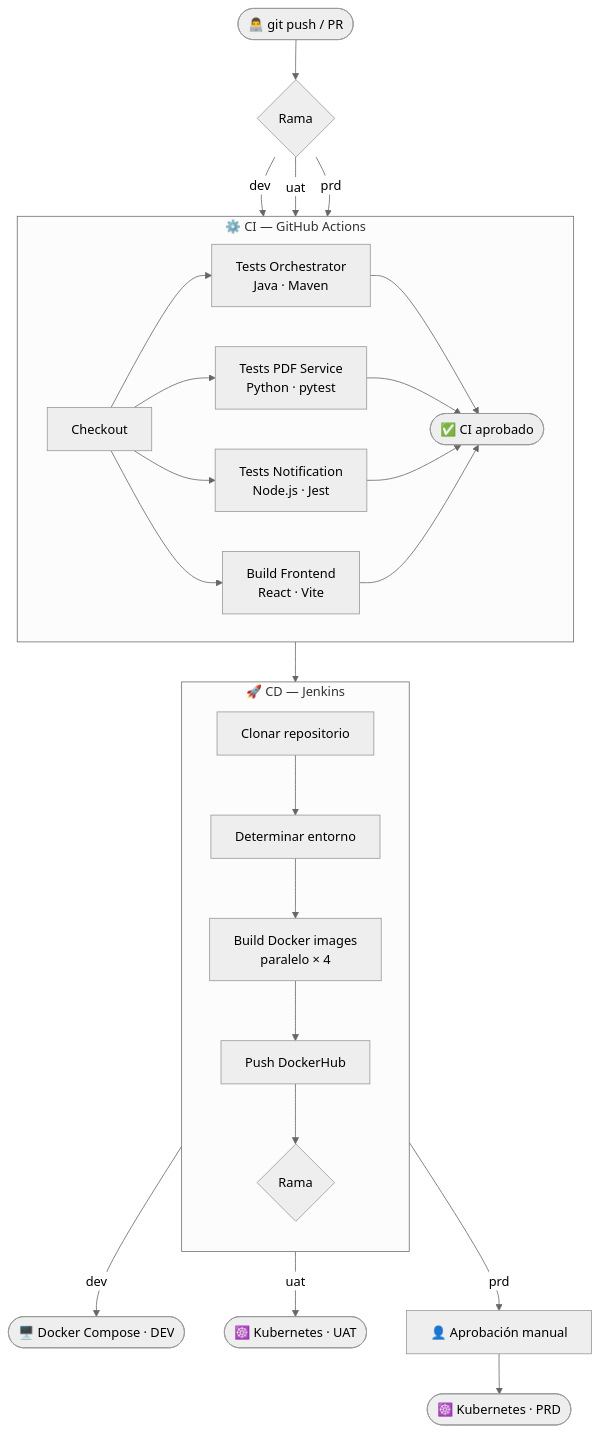
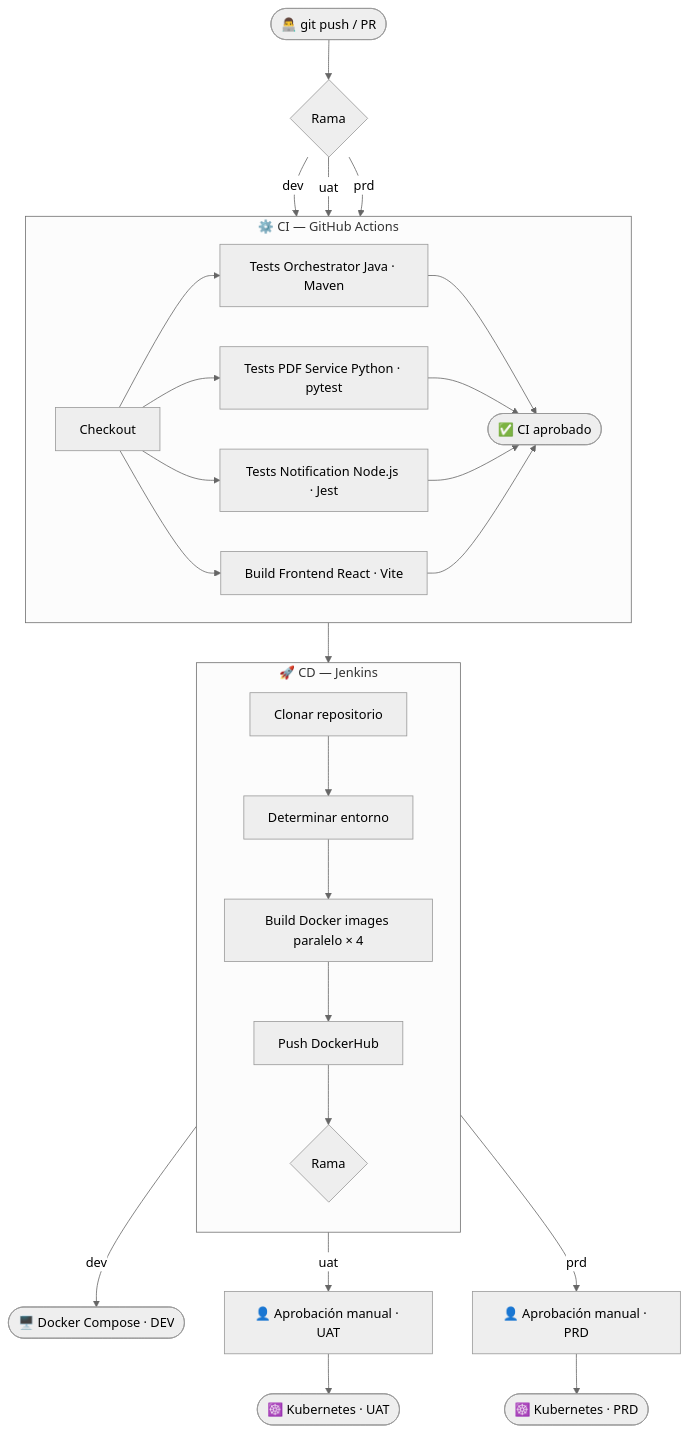
The diagram in README.md (Neftcode/microservices-poc), drawn with Mermaid (neutral theme) before and after one commit. The commit also changed other lines of this file and 1 other file, not shown here.

Commit message:
nuevos cambios

````diff
--- a/README.md
+++ b/README.md
@@ -177,31 +182,32 @@
 ```mermaid
 flowchart TD
     A([👨‍💻 git push / PR]) --> B{Rama}
     B -->|dev| CI
     B -->|uat| CI
     B -->|prd| CI
 
     subgraph CI["⚙️ CI — GitHub Actions"]
         direction LR
-        C1[Checkout] --> C2[Tests Orchestrator\nJava · Maven]
-        C1 --> C3[Tests PDF Service\nPython · pytest]
-        C1 --> C4[Tests Notification\nNode.js · Jest]
-        C1 --> C5[Build Frontend\nReact · Vite]
+        C1[Checkout] --> C2[Tests Orchestrator Java · Maven]
+        C1 --> C3[Tests PDF Service Python · pytest]
+        C1 --> C4[Tests Notification Node.js · Jest]
+        C1 --> C5[Build Frontend React · Vite]
         C2 & C3 & C4 & C5 --> C6([✅ CI aprobado])
     end
 
     CI --> CD
 
     subgraph CD["🚀 CD — Jenkins"]
         direction TB
         D1[Clonar repositorio] --> D2[Determinar entorno]
-        D2 --> D3[Build Docker images\nparalelo × 4]
+        D2 --> D3[Build Docker images paralelo × 4]
         D3 --> D4[Push DockerHub]
         D4 --> D5{Rama}
     end
 
     D5 -->|dev| E1([🖥️ Docker Compose · DEV])
-    D5 -->|uat| E2([☸️ Kubernetes · UAT])
-    D5 -->|prd| E3[👤 Aprobación manual]
-    E3 --> E4([☸️ Kubernetes · PRD])
+    D5 -->|uat| E2[👤 Aprobación manual · UAT]
+    D5 -->|prd| E3[👤 Aprobación manual · PRD]
+    E2 --> E4([☸️ Kubernetes · UAT])
+    E3 --> E5([☸️ Kubernetes · PRD])
 ```
````
